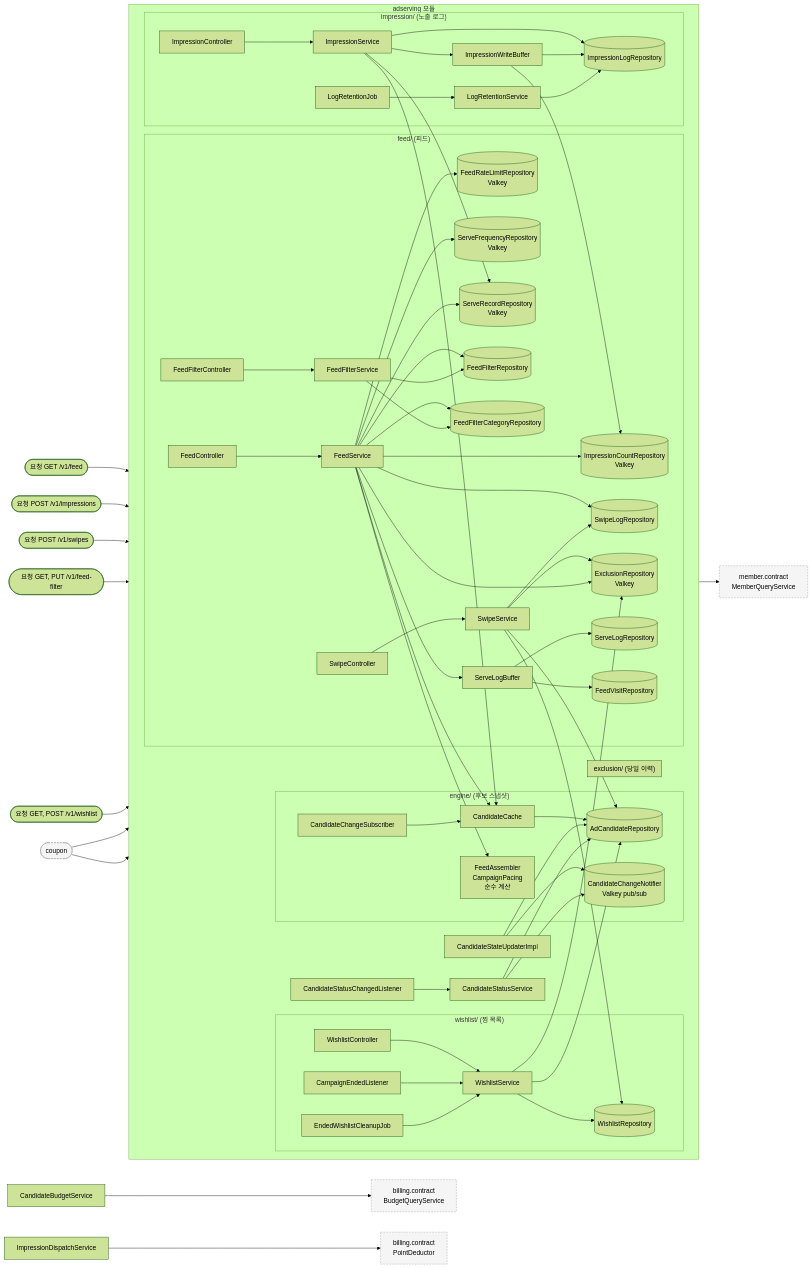
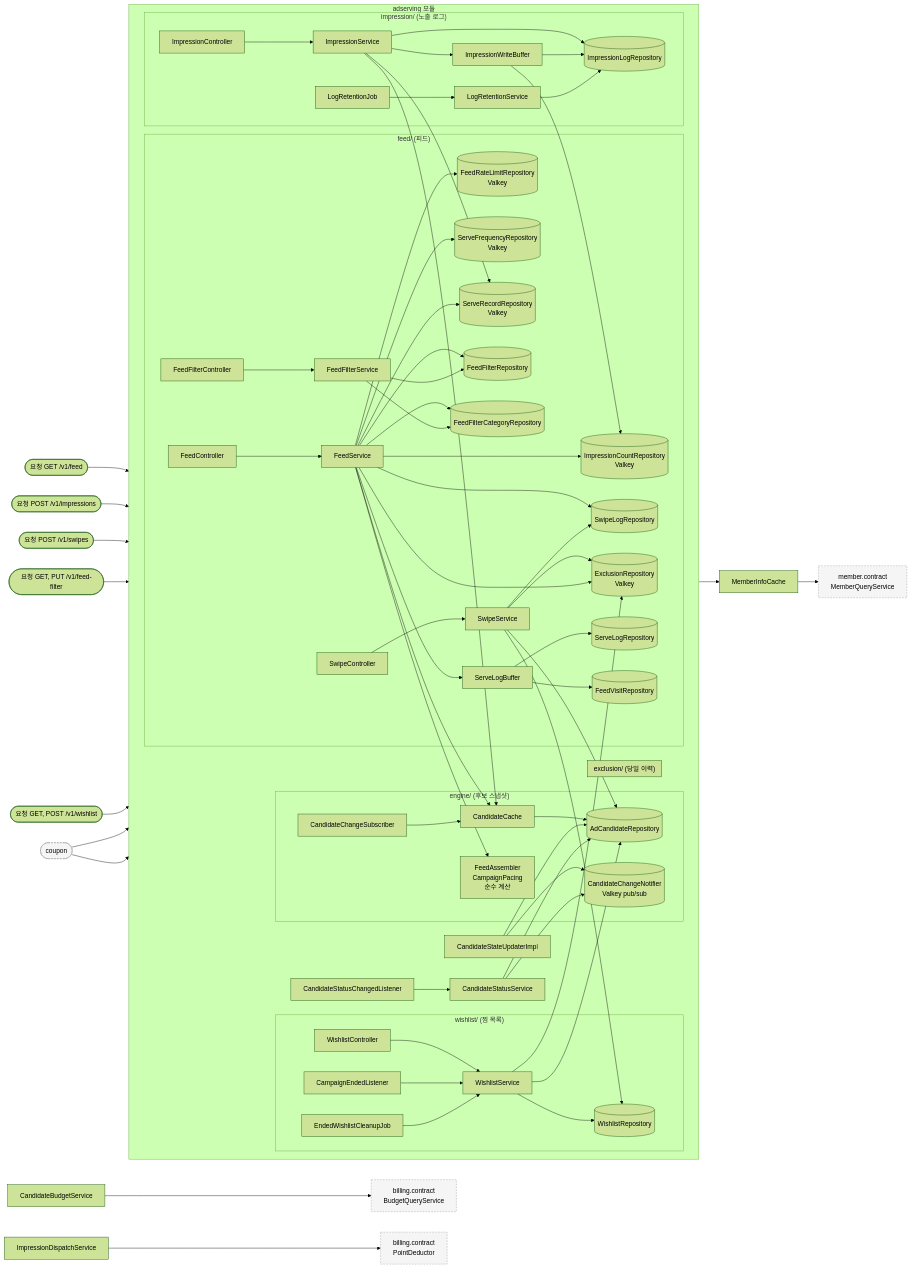
Before and after one commit to lunch-catch/lc-backend: the first of 6 diagrams in docs/design/adserving/adserving_구조와_동작_설계.md, drawn with Mermaid (forest theme). The commit also changed other lines of this file and 1 other file, not shown here.

```diff
--- a/docs/design/adserving/adserving_구조와_동작_설계.md
+++ b/docs/design/adserving/adserving_구조와_동작_설계.md
@@ -422,7 +426,7 @@
 
     CP([coupon]) --> WS
     CP --> CSU
-    FS --> MQ["member.contract<br/>MemberQueryService"]
+    FS --> MIC[MemberInfoCache] --> MQ["member.contract<br/>MemberQueryService"]
     CBS[CandidateBudgetService] --> BQ["billing.contract<br/>BudgetQueryService"]
     IDS[ImpressionDispatchService] --> PD["billing.contract<br/>PointDeductor"]
 
```
